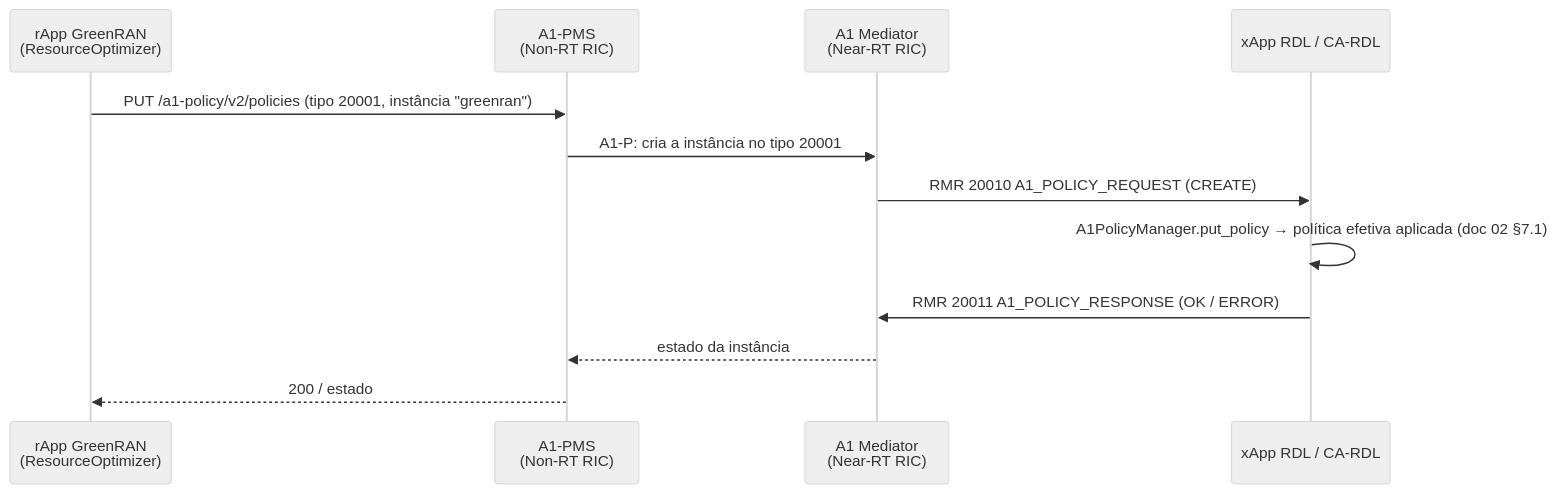
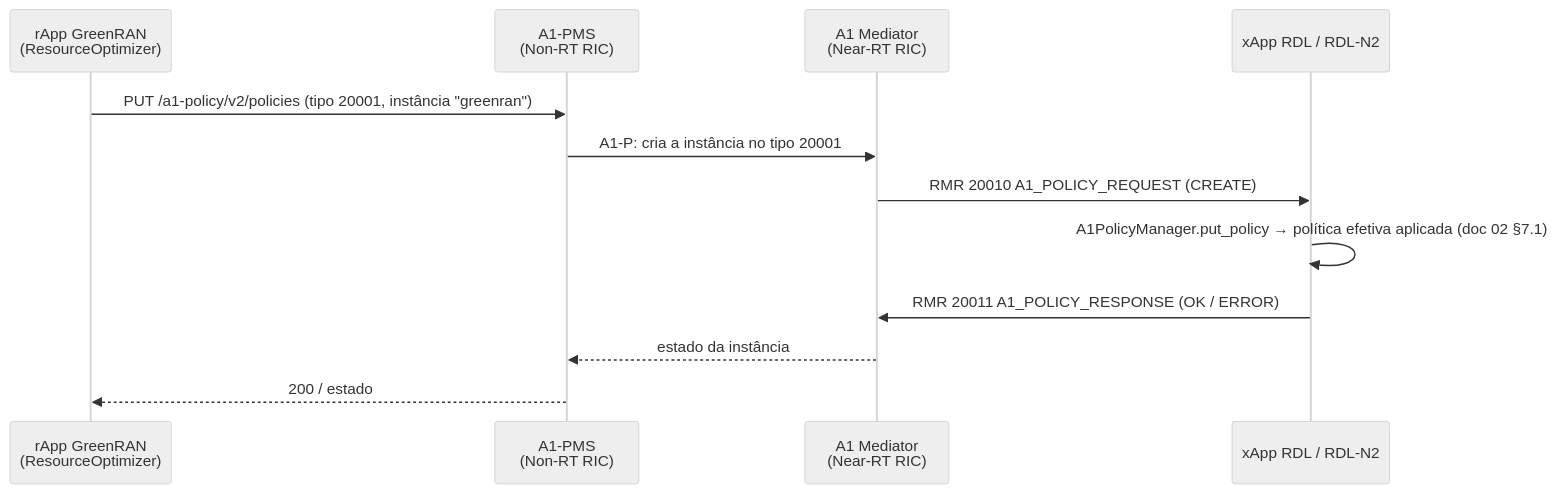
The diagram in docs/10_smo_non_rt_ric_e_rapp.md (georgebarbosa3090/XApp-RDL-F1), drawn with Mermaid (neutral theme) before and after one commit. The commit also changed other lines of this file and 111 other files, not shown here.

````diff
--- a/docs/10_smo_non_rt_ric_e_rapp.md
+++ b/docs/10_smo_non_rt_ric_e_rapp.md
@@ -7,14 +7,14 @@
 ```mermaid
 sequenceDiagram
     participant R as rApp GreenRAN<br/>(ResourceOptimizer)
     participant P as A1-PMS<br/>(Non-RT RIC)
     participant M as A1 Mediator<br/>(Near-RT RIC)
-    participant X as xApp RDL / CA-RDL
+    participant X as xApp RDL / RDL-N2
     R->>P: PUT /a1-policy/v2/policies (tipo 20001, instância "greenran")
     P->>M: A1-P: cria a instância no tipo 20001
     M->>X: RMR 20010 A1_POLICY_REQUEST (CREATE)
     X->>X: A1PolicyManager.put_policy → política efetiva aplicada (doc 02 §7.1)
     X->>M: RMR 20011 A1_POLICY_RESPONSE (OK / ERROR)
     M-->>P: estado da instância
     P-->>R: 200 / estado
 ```
````
